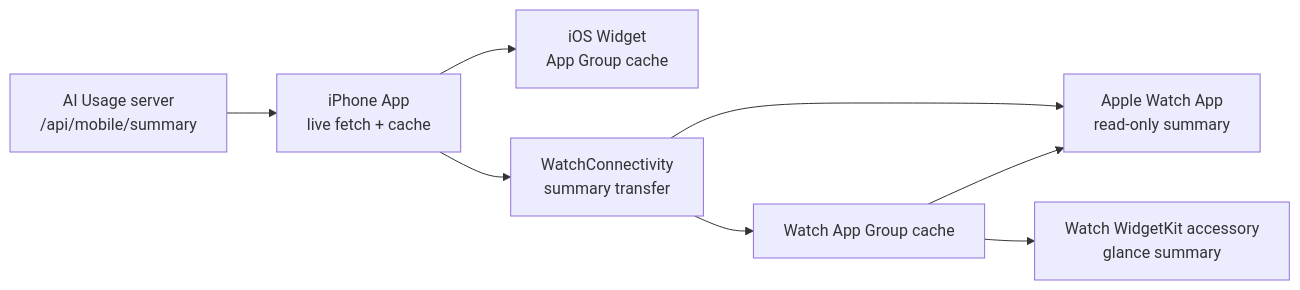
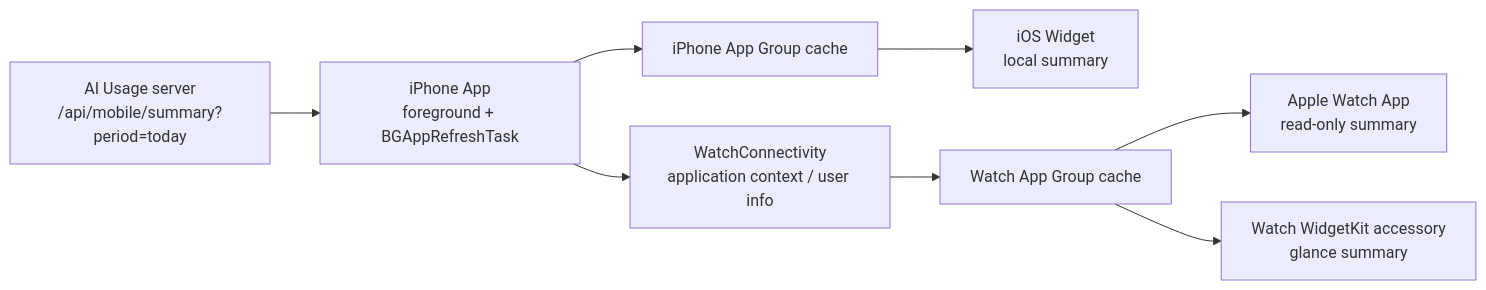
One commit to Moshuiwang/aiusage changed the diagram in docs/architecture/watch-companion-testflight.md. Above: the diagram before and after it, drawn with Mermaid. The commit also changed other lines of this file and 35 other files, not shown here.

First line of the commit message:
稳定 iPhone 和 Apple Watch 生产入口与首装验收

````diff
--- a/docs/architecture/watch-companion-testflight.md
+++ b/docs/architecture/watch-companion-testflight.md
@@ -9,10 +9,10 @@
 ```mermaid
 flowchart LR
-    server["AI Usage server<br/>/api/mobile/summary"] --> iphone["iPhone App<br/>live fetch + cache"]
-    iphone --> iosWidget["iOS Widget<br/>App Group cache"]
-    iphone --> watchSync["WatchConnectivity<br/>summary transfer"]
-    watchSync --> watchApp["Apple Watch App<br/>read-only summary"]
+    server["AI Usage server<br/>/api/mobile/summary?period=today"] --> iphoneRefresh["iPhone App<br/>foreground + BGAppRefreshTask"]
+    iphoneRefresh --> iphoneCache["iPhone App Group cache"]
+    iphoneCache --> iosWidget["iOS Widget<br/>local summary"]
+    iphoneRefresh --> watchSync["WatchConnectivity<br/>application context / user info"]
     watchSync --> watchCache["Watch App Group cache"]
-    watchCache --> watchApp
+    watchCache --> watchApp["Apple Watch App<br/>read-only summary"]
     watchCache --> complication["Watch WidgetKit accessory<br/>glance summary"]
 ```
````
